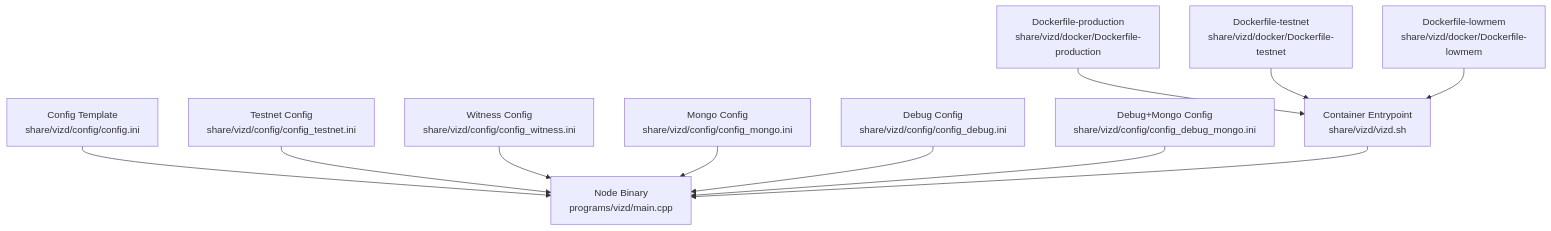
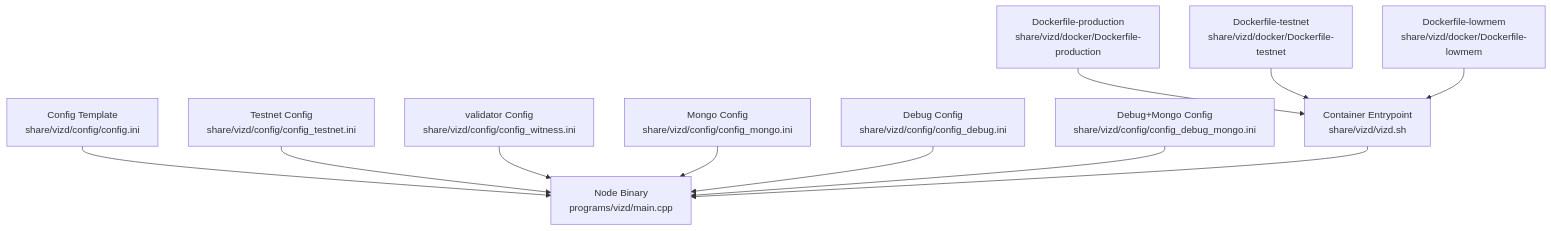
The first of 6 diagrams in .qoder/repowiki/en/content/Configuration Management/Configuration Management.md (VIZ-Blockchain/viz-cpp-node), drawn with Mermaid before and after one commit. The commit also changed other lines of this file and 88 other files, not shown here.

First line of the commit message:
docs(validator): rename witness to validator throughout documentation

````diff
--- a/.qoder/repowiki/en/content/Configuration Management/Configuration Management.md
+++ b/.qoder/repowiki/en/content/Configuration Management/Configuration Management.md
@@ -61,24 +61,24 @@
 ```mermaid
 graph TB
 cfg_main["Config Template<br/>share/vizd/config/config.ini"]
 cfg_test["Testnet Config<br/>share/vizd/config/config_testnet.ini"]
-cfg_wit["Witness Config<br/>share/vizd/config/config_witness.ini"]
+cfg_wit["validator Config<br/>share/vizd/config/config_witness.ini"]
 cfg_mongo["Mongo Config<br/>share/vizd/config/config_mongo.ini"]
 cfg_dbg["Debug Config<br/>share/vizd/config/config_debug.ini"]
 cfg_dbg_mongo["Debug+Mongo Config<br/>share/vizd/config/config_debug_mongo.ini"]
 df_prod["Dockerfile-production<br/>share/vizd/docker/Dockerfile-production"]
 df_test["Dockerfile-testnet<br/>share/vizd/docker/Dockerfile-testnet"]
 df_lowmem["Dockerfile-lowmem<br/>share/vizd/docker/Dockerfile-lowmem"]
 entry["Container Entrypoint<br/>share/vizd/vizd.sh"]
 node["Node Binary<br/>programs/vizd/main.cpp"]
 cfg_main --> node
 cfg_test --> node
 cfg_wit --> node
 cfg_mongo --> node
 cfg_dbg --> node
 cfg_dbg_mongo --> node
 df_prod --> entry
 df_test --> entry
 df_lowmem --> entry
 entry --> node
 ```
````
